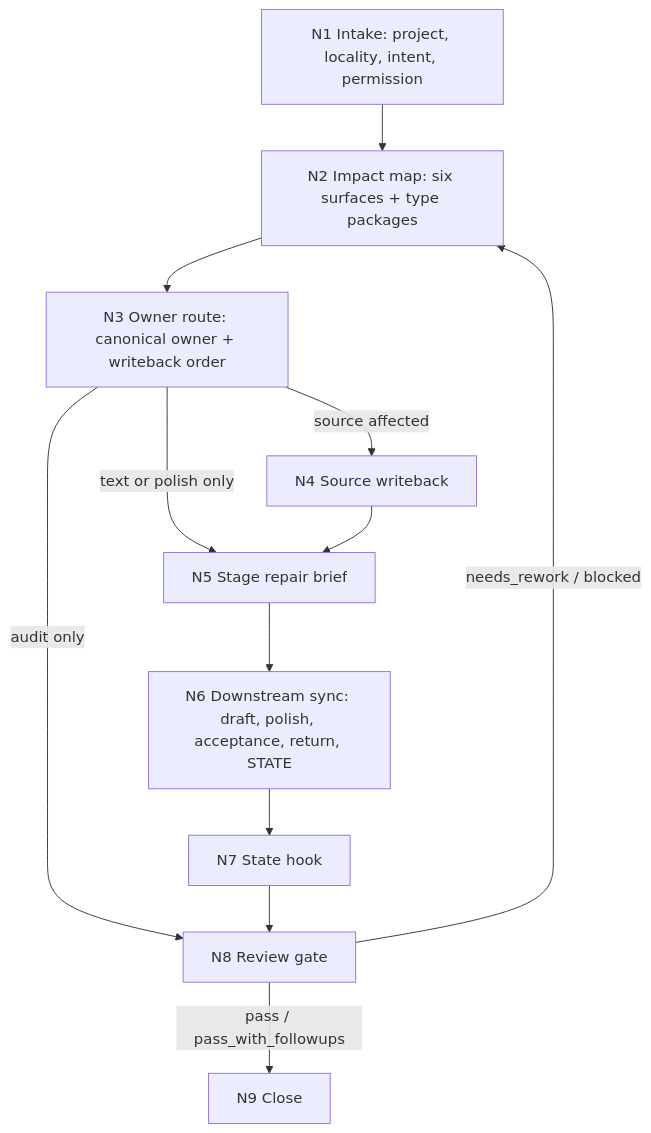
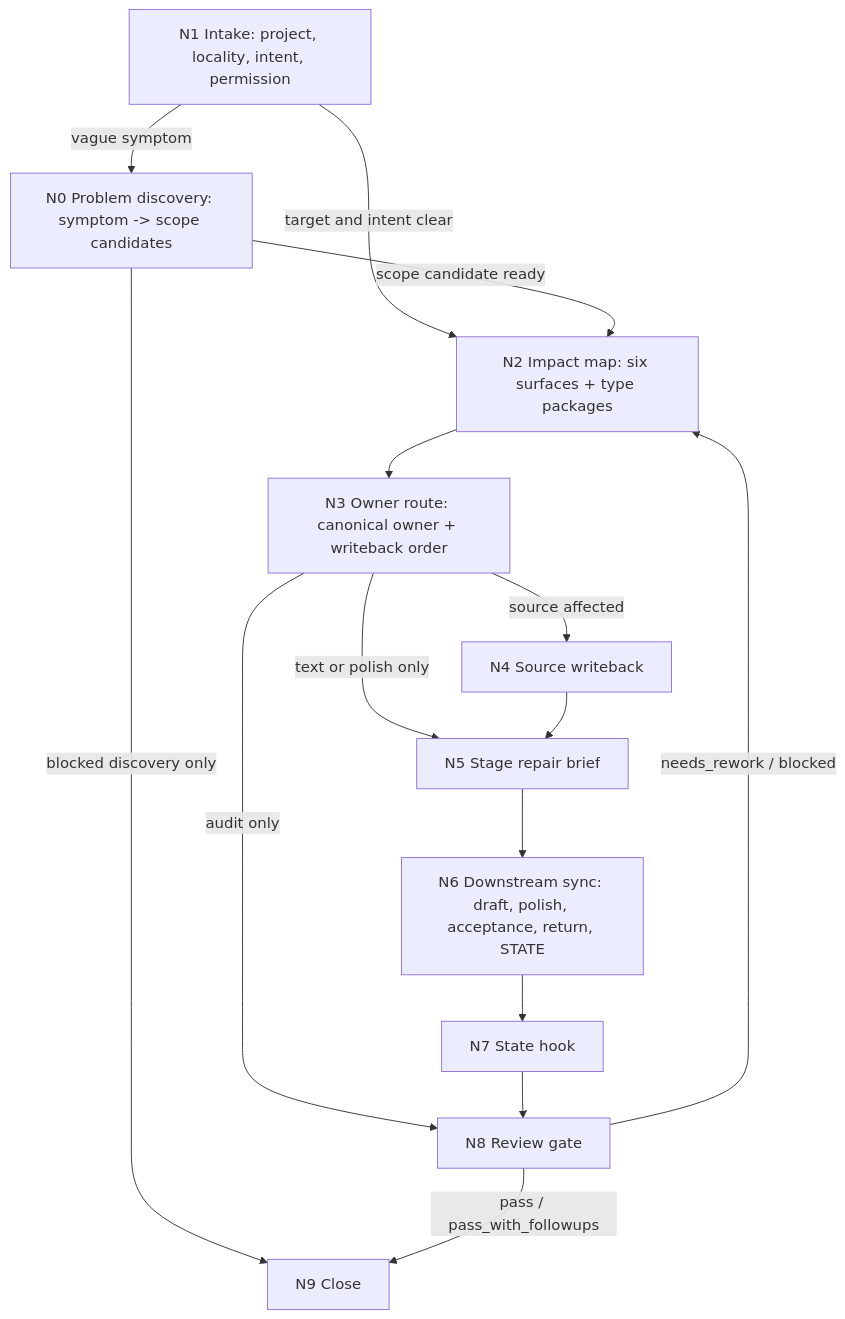
One commit to ZEN-VOID/AI-CUT changed the first of 2 diagrams in .agents/skills/story/repair/SKILL.md. Above: the diagram before and after it, drawn with Mermaid. The commit also changed other lines of this file and 83 other files, not shown here.

````diff
--- a/.agents/skills/story/repair/SKILL.md
+++ b/.agents/skills/story/repair/SKILL.md
@@ -283,14 +295,17 @@
 ```mermaid
 flowchart TD
-    A["N1 Intake: project, locality, intent, permission"] --> B["N2 Impact map: six surfaces + type packages"]
+    A["N1 Intake: project, locality, intent, permission"] -->|"vague symptom"| Z["N0 Problem discovery: symptom -> scope candidates"]
+    A -->|"target and intent clear"| B["N2 Impact map: six surfaces + type packages"]
+    Z -->|"scope candidate ready"| B
+    Z -->|"blocked discovery only"| I["N9 Close"]
     B --> C["N3 Owner route: canonical owner + writeback order"]
     C -->|"source affected"| D["N4 Source writeback"]
     C -->|"text or polish only"| E["N5 Stage repair brief"]
     C -->|"audit only"| H["N8 Review gate"]
     D --> E
     E --> F["N6 Downstream sync: draft, polish, acceptance, return, STATE"]
     F --> G["N7 State hook"]
     G --> H
     H -->|"pass / pass_with_followups"| I["N9 Close"]
     H -->|"needs_rework / blocked"| B
 ```
````
